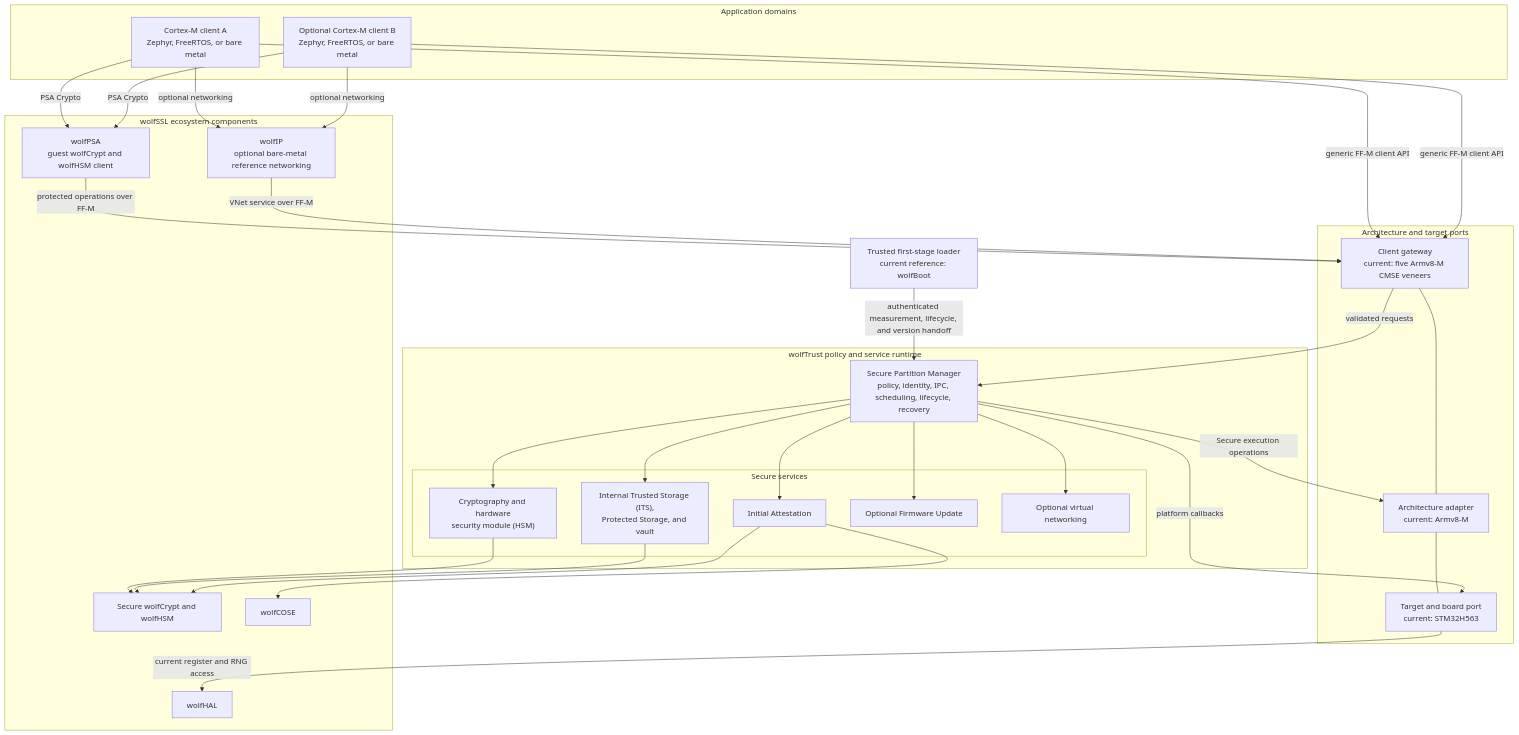
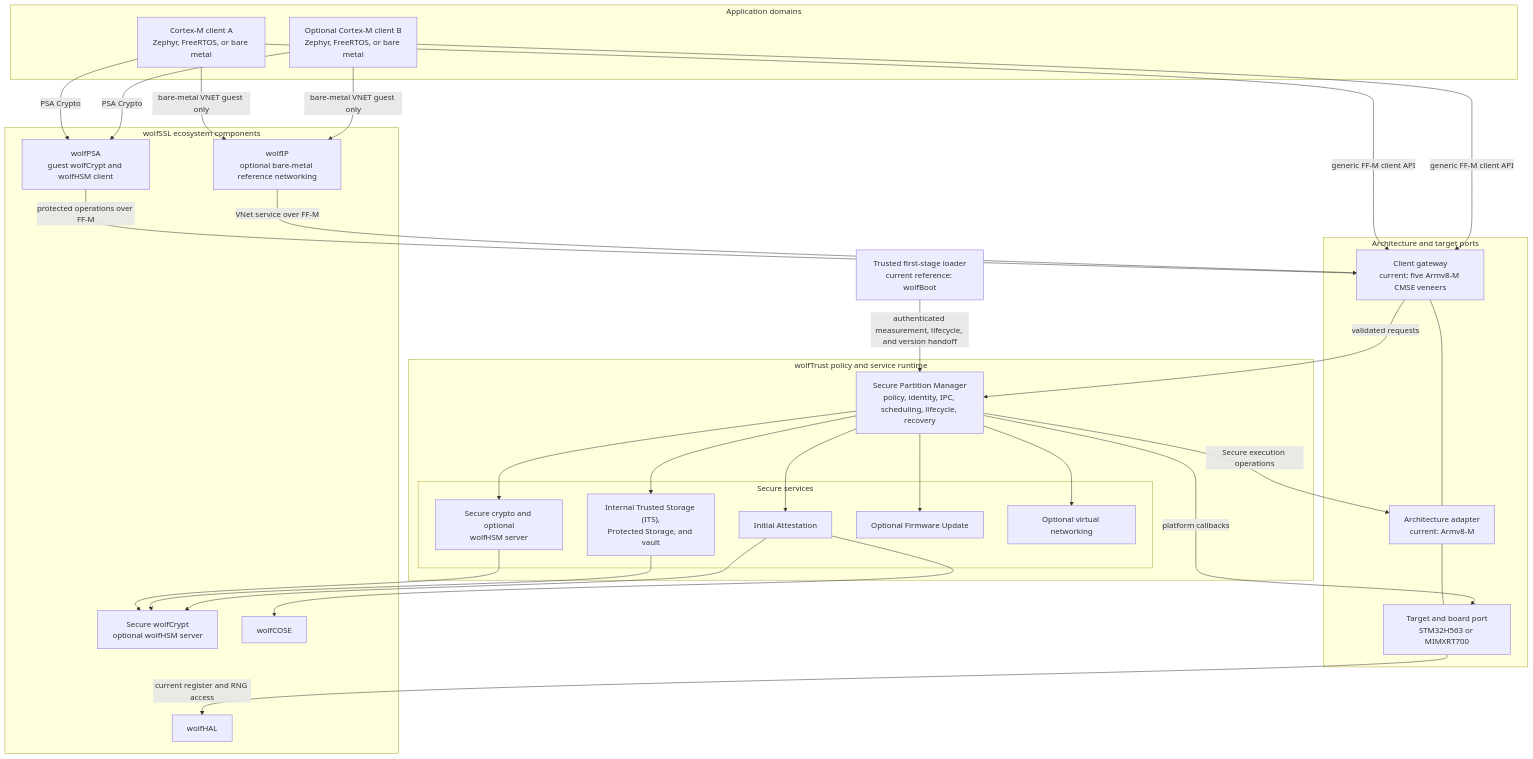
One commit to wolfSSL/wolfTrust changed the diagram in README.md. Above: the diagram before and after it, drawn with Mermaid. The commit also changed other lines of this file and 36 other files, not shown here.

````diff
--- a/README.md
+++ b/README.md
@@ -20,59 +16,59 @@
 ```mermaid
 flowchart TB
     BOOT[Trusted first-stage loader<br/>current reference: wolfBoot]
 
     subgraph APP[Application domains]
         GA[Cortex-M client A<br/>Zephyr, FreeRTOS, or bare metal]
         GB[Optional Cortex-M client B<br/>Zephyr, FreeRTOS, or bare metal]
     end
 
     subgraph PORT[Architecture and target ports]
         GW[Client gateway<br/>current: five Armv8-M CMSE veneers]
         ARCH[Architecture adapter<br/>current: Armv8-M]
-        TARGET[Target and board port<br/>current: STM32H563]
+        TARGET[Target and board port<br/>STM32H563 or MIMXRT700]
         GW --- ARCH
         ARCH --- TARGET
     end
 
     subgraph WT[wolfTrust policy and service runtime]
         SPM[Secure Partition Manager<br/>policy, identity, IPC, scheduling, lifecycle, recovery]
         subgraph SP[Secure services]
-            CR["Cryptography and hardware<br/>security module (HSM)"]
+            CR["Secure crypto and optional<br/>wolfHSM server"]
             ST["Internal Trusted Storage (ITS),<br/>Protected Storage, and vault"]
             AT[Initial Attestation]
             FW[Optional Firmware Update]
             VN[Optional virtual networking]
         end
         SPM --> CR
         SPM --> ST
         SPM --> AT
         SPM --> FW
         SPM --> VN
     end
 
     subgraph LIBS[wolfSSL ecosystem components]
         PSA[wolfPSA<br/>guest wolfCrypt and wolfHSM client]
-        WC[Secure wolfCrypt and wolfHSM]
+        WC[Secure wolfCrypt<br/>optional wolfHSM server]
         COSE[wolfCOSE]
         HAL[wolfHAL]
         IP[wolfIP<br/>optional bare-metal reference networking]
     end
 
     BOOT -->|authenticated measurement, lifecycle, and version handoff| SPM
     GA -->|generic FF-M client API| GW
     GB -->|generic FF-M client API| GW
     GA -->|PSA Crypto| PSA
     GB -->|PSA Crypto| PSA
     PSA -->|protected operations over FF-M| GW
-    GA -->|optional networking| IP
-    GB -->|optional networking| IP
+    GA -->|bare-metal VNET guest only| IP
+    GB -->|bare-metal VNET guest only| IP
     IP -->|VNet service over FF-M| GW
     GW -->|validated requests| SPM
     SPM -->|Secure execution operations| ARCH
     SPM -->|platform callbacks| TARGET
     CR --> WC
     ST --> WC
     AT --> COSE
     AT --> WC
     TARGET -->|current register and RNG access| HAL
 ```
````
